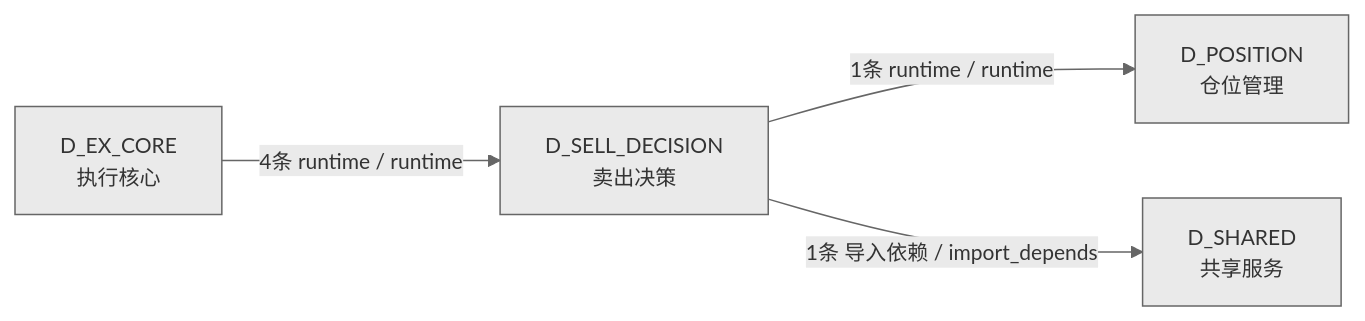
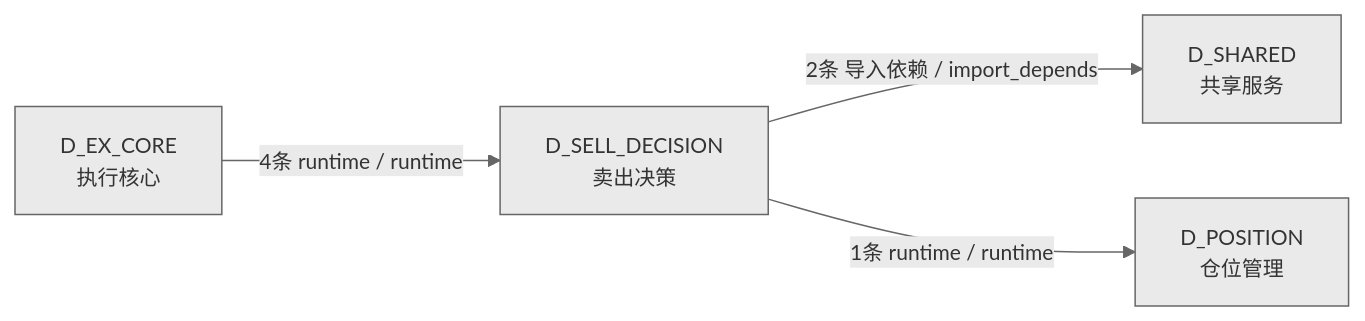
Before and after one commit to xuanFelixVan/ZephyrAlpha: the fourth of 4 diagrams in docs/02_enterprise_architecture/02_domain_architecture_docs/67_d_sell_decision.md, drawn with Mermaid. The commit also changed other lines of this file and 63 other files, not shown here.

````diff
--- a/docs/02_enterprise_architecture/02_domain_architecture_docs/67_d_sell_decision.md
+++ b/docs/02_enterprise_architecture/02_domain_architecture_docs/67_d_sell_decision.md
@@ -228,11 +234,11 @@
 ```mermaid
 %%{init: {'theme': 'base', 'themeVariables': {'primaryColor': '#eaeaea', 'primaryTextColor': '#333333', 'primaryBorderColor': '#666666', 'lineColor': '#666666', 'secondaryColor': '#eaeaea', 'tertiaryColor': '#eaeaea', 'fontSize': '14px'}}}%%
 graph LR
     D_SELL_DECISION["D_SELL_DECISION<br/>卖出决策"]
+    D_SHARED["D_SHARED<br/>共享服务"]
     D_POSITION["D_POSITION<br/>仓位管理"]
-    D_SHARED["D_SHARED<br/>共享服务"]
     D_EX_CORE["D_EX_CORE<br/>执行核心"]
+    D_SELL_DECISION -->|2条 导入依赖 / import_depends| D_SHARED
     D_SELL_DECISION -->|1条 runtime / runtime| D_POSITION
-    D_SELL_DECISION -->|1条 导入依赖 / import_depends| D_SHARED
     D_EX_CORE -->|4条 runtime / runtime| D_SELL_DECISION
 ```
````
